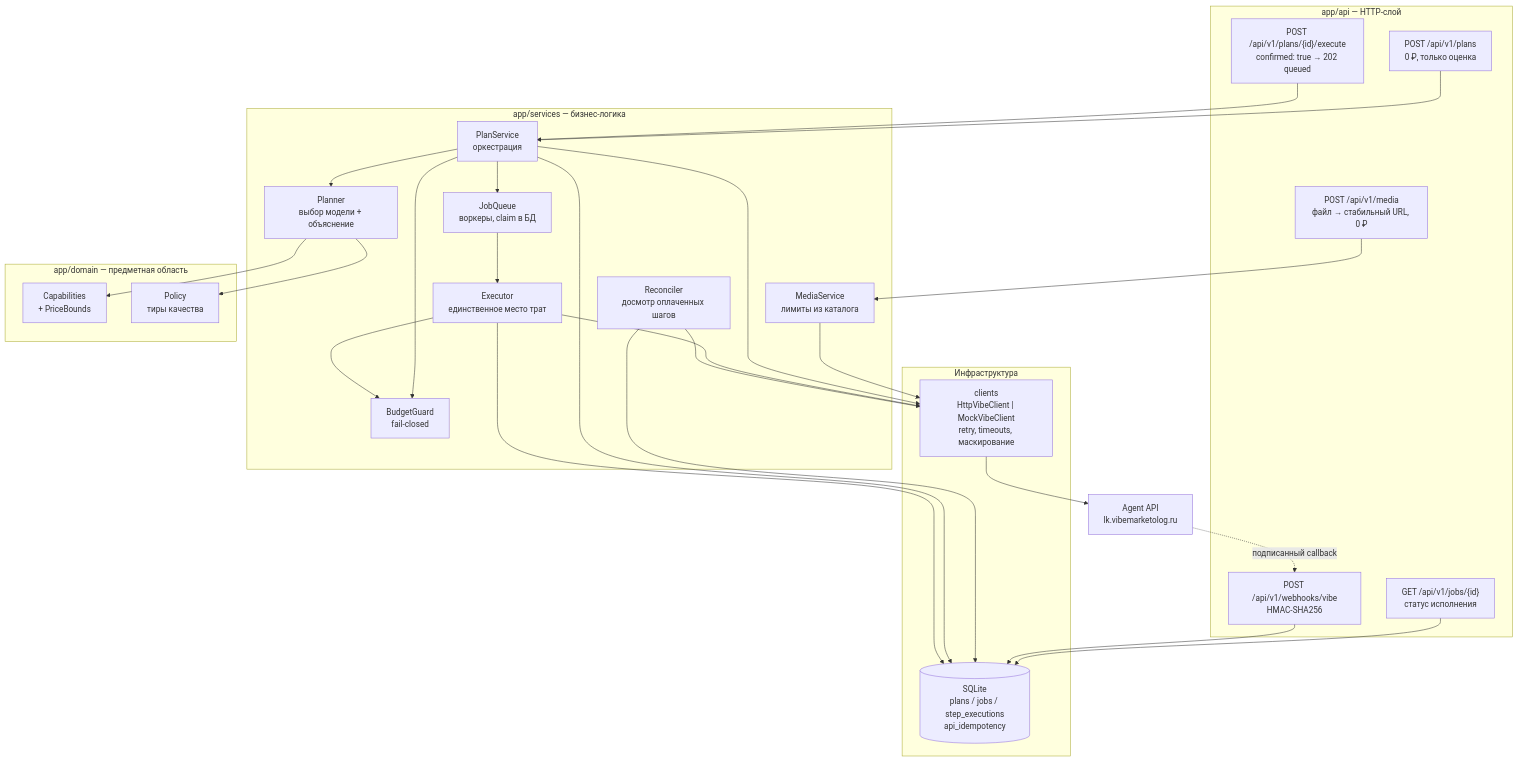
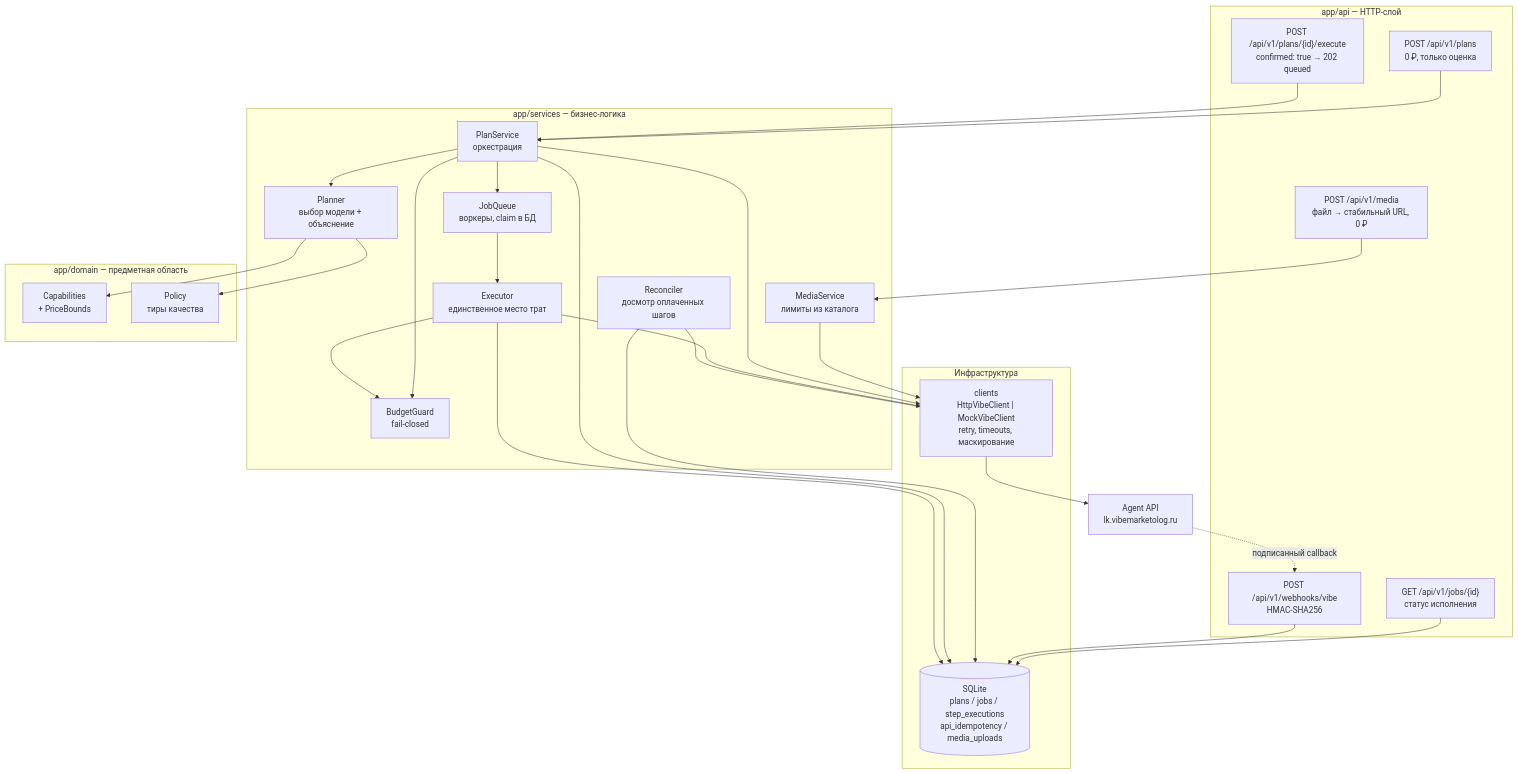
The diagram in README.md (pargevk1996-a11y/agent_006), drawn with Mermaid before and after one commit. The commit also changed other lines of this file and 15 other files, not shown here.

````diff
--- a/README.md
+++ b/README.md
@@ -66,54 +66,54 @@
 ```mermaid
 flowchart TB
     subgraph API["app/api — HTTP-слой"]
         P["POST /api/v1/plans<br/>0 ₽, только оценка"]
         E["POST /api/v1/plans/{id}/execute<br/>confirmed: true → 202 queued"]
         J["GET /api/v1/jobs/{id}<br/>статус исполнения"]
         M["POST /api/v1/media<br/>файл → стабильный URL, 0 ₽"]
         W["POST /api/v1/webhooks/vibe<br/>HMAC-SHA256"]
     end
 
     subgraph SVC["app/services — бизнес-логика"]
         PS["PlanService<br/>оркестрация"]
         MS["MediaService<br/>лимиты из каталога"]
         PL["Planner<br/>выбор модели + объяснение"]
         BG["BudgetGuard<br/>fail-closed"]
         Q["JobQueue<br/>воркеры, claim в БД"]
         EX["Executor<br/>единственное место трат"]
         RC["Reconciler<br/>досмотр оплаченных шагов"]
     end
 
     subgraph DOM["app/domain — предметная область"]
         CAP["Capabilities<br/>+ PriceBounds"]
         POL["Policy<br/>тиры качества"]
     end
 
     subgraph INF["Инфраструктура"]
         CL["clients<br/>HttpVibeClient | MockVibeClient<br/>retry, timeouts, маскирование"]
-        DB[("SQLite<br/>plans / jobs / step_executions<br/>api_idempotency")]
+        DB[("SQLite<br/>plans / jobs / step_executions<br/>api_idempotency / media_uploads")]
     end
 
     VIBE["Agent API<br/>lk.vibemarketolog.ru"]
 
     P --> PS
     E --> PS
     M --> MS
     MS --> CL
     J --> DB
     W --> DB
     PS --> PL
     PL --> POL
     PL --> CAP
     PS --> BG
     PS --> Q
     Q --> EX
     EX --> BG
     PS --> CL
     EX --> CL
     RC --> CL
     RC --> DB
     CL --> VIBE
     PS --> DB
     EX --> DB
     VIBE -.->|подписанный callback| W
 ```
````
